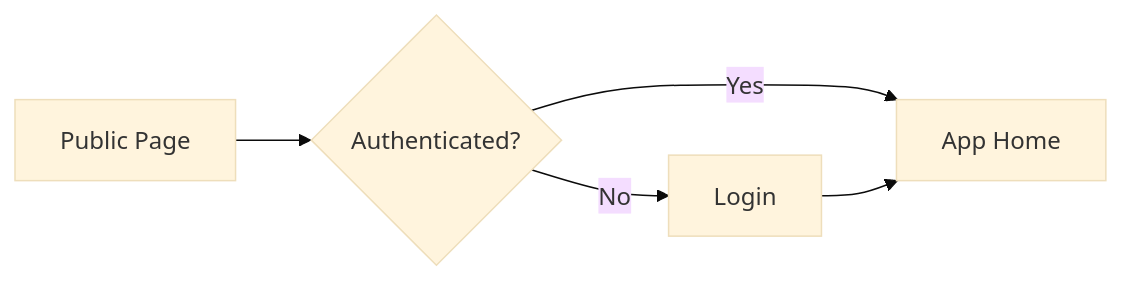
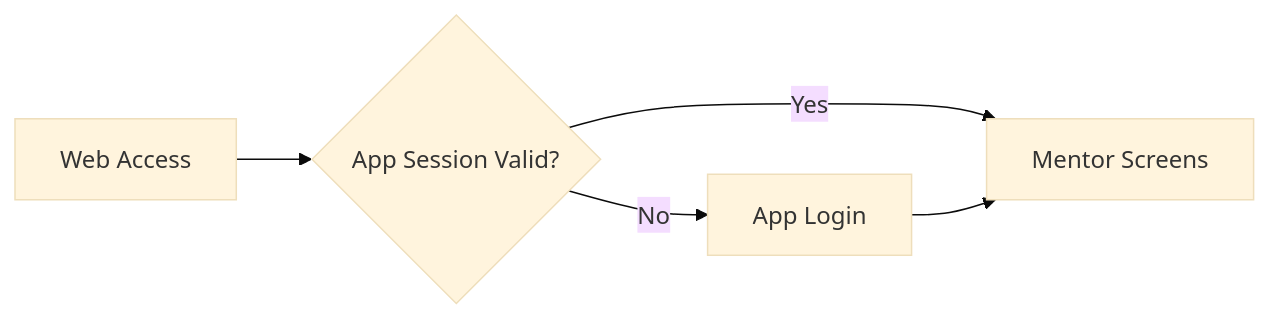
Before and after one commit to Asheze1127/progress-checker: the second of 6 diagrams in docs/details/03_screen-flow.md, drawn with Mermaid (base theme). The commit also changed other lines of this file, not shown here.

````diff
--- a/docs/details/03_screen-flow.md
+++ b/docs/details/03_screen-flow.md
@@ -59,12 +53,12 @@
 ```mermaid
 flowchart LR
-    Public[Public Page]
-    AuthCheck{Authenticated?}
-    Login[Login]
-    App[App Home]
+    Access[Web Access]
+    AuthCheck{App Session Valid?}
+    Login[App Login]
+    MentorApp[Mentor Screens]
 
-    Public --> AuthCheck
+    Access --> AuthCheck
     AuthCheck -- No --> Login
-    AuthCheck -- Yes --> App
-    Login --> App
+    AuthCheck -- Yes --> MentorApp
+    Login --> MentorApp
 ```
````
